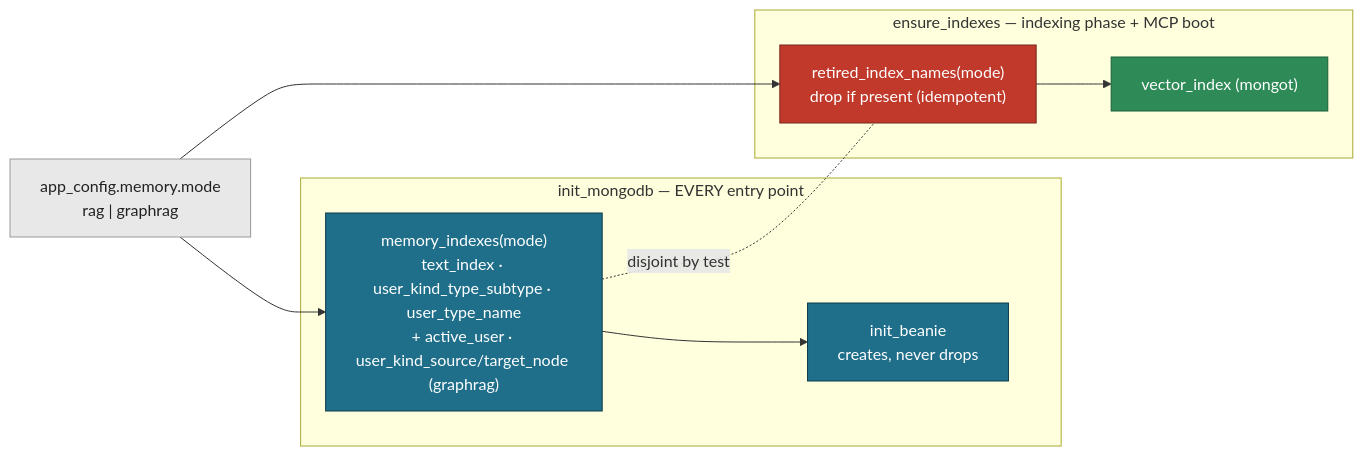
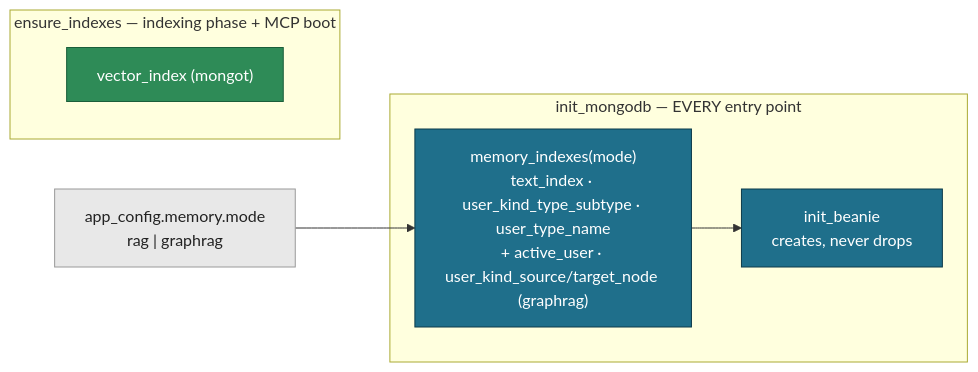
One commit to iusztinpaul/building-agentic-systems changed the diagram in docs/adrs/012_mode_aware_memory_index_set.md. Above: the diagram before and after it, drawn with Mermaid. The commit also changed other lines of this file and 4 other files, not shown here.

First line of the commit message:
refactor: Drop the memory index retirement migration

````diff
--- a/docs/adrs/012_mode_aware_memory_index_set.md
+++ b/docs/adrs/012_mode_aware_memory_index_set.md
@@ -103,24 +95,19 @@
 ```mermaid
 flowchart LR
   classDef beanie fill:#1f6f8b,color:#fff,stroke:#0d3b4a
   classDef search fill:#2e8b57,color:#fff,stroke:#1b5e3a
-  classDef retire fill:#c0392b,color:#fff,stroke:#7b241c
   classDef cfg fill:#e8e8e8,color:#222,stroke:#999
 
   MODE["app_config.memory.mode<br/>rag | graphrag"]:::cfg
 
   subgraph Boot["init_mongodb — EVERY entry point"]
     MI["memory_indexes(mode)<br/>text_index · user_kind_type_subtype · user_type_name<br/>+ active_user · user_kind_source/target_node (graphrag)"]:::beanie
     IB["init_beanie<br/>creates, never drops"]:::beanie
   end
 
   subgraph Idx["ensure_indexes — indexing phase + MCP boot"]
-    RT["retired_index_names(mode)<br/>drop if present (idempotent)"]:::retire
     VX["vector_index (mongot)"]:::search
   end
 
   MODE --> MI --> IB
-  MODE --> RT
-  RT --> VX
-  MI -. "disjoint by test" .- RT
 ```
````
